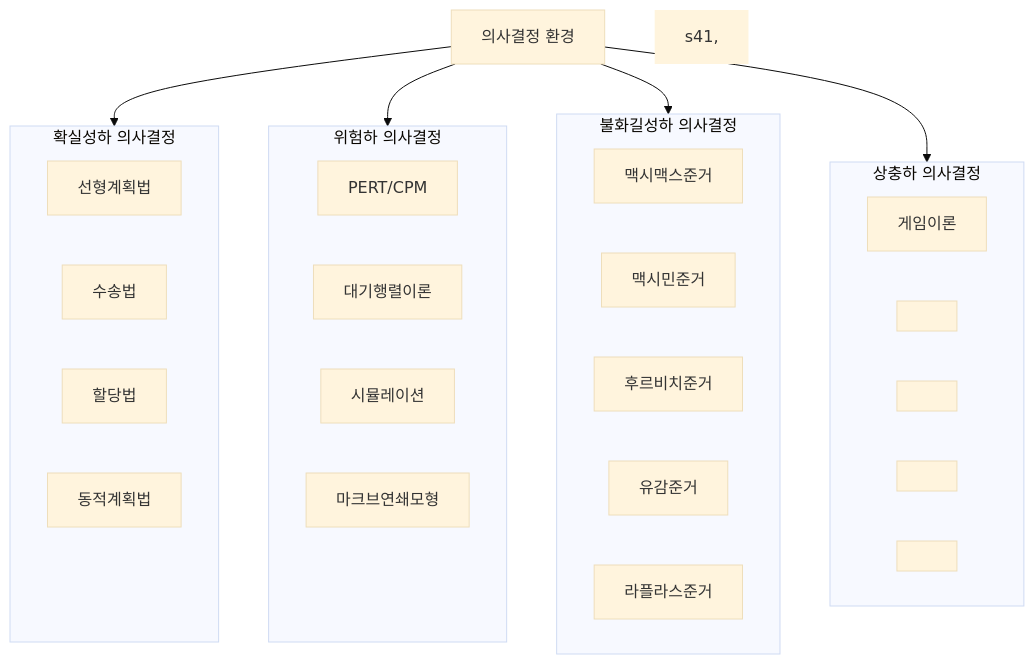
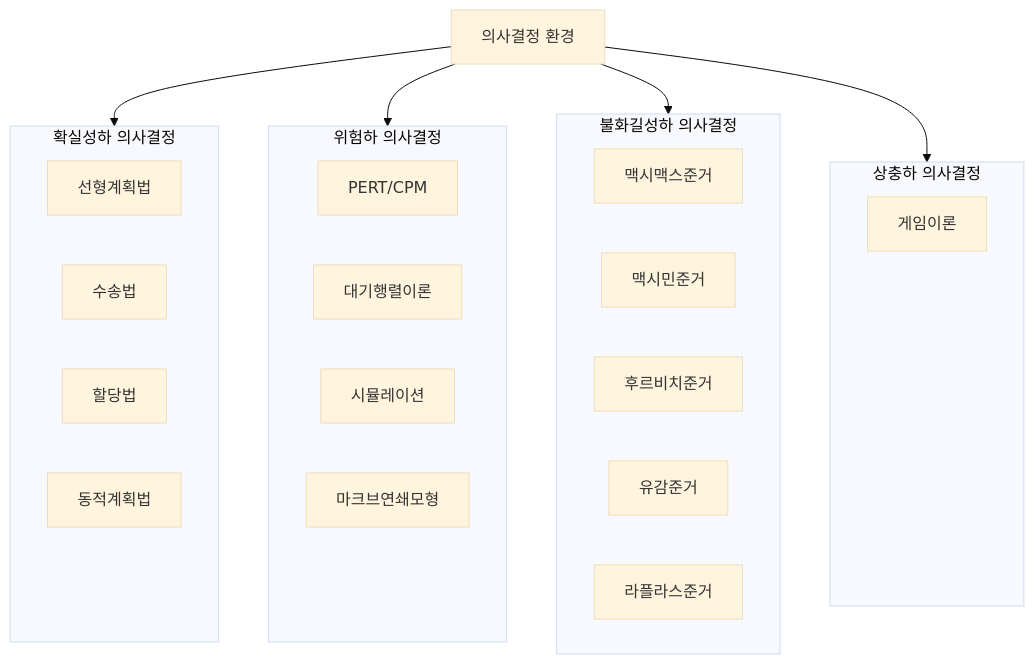
Before and after one commit to yeonkyupark/pepc2e: the eighth of 13 diagrams in 1002경영과학.qmd, drawn with Mermaid (base theme). The commit also changed other lines of this file, not shown here.

````diff
--- a/1002경영과학.qmd
+++ b/1002경영과학.qmd
@@ -329,46 +331,49 @@
 ```{mermaid}
 flowchart TD
 
 00[의사결정 환경]
 
 subgraph s10[확실성하 의사결정]
 direction LR
 선형계획법
 수송법
 할당법
 동적계획법
 s11[　] 
 style s11 fill:transparent,stroke:none
 end 
 
 subgraph s20[위험하 의사결정]
 direction LR
 s29[PERT/CPM]
 대기행렬이론
 시뮬레이션
 마크브연쇄모형
 s21[　] 
 style s21 fill:transparent,stroke:none
 end
 
 subgraph s30[불화길성하 의사결정]
 direction LR
 맥시맥스준거
 맥시민준거
 후르비치준거
 유감준거
 라플라스준거
 end
 
 subgraph s40[상충하 의사결정]
 direction LR
 게임이론
 s41["　"] 
 s42["　"] 
 s43["　"] 
 s44["　"] 
-style s41, s42, s43, s44 fill:transparent,stroke:none
+style s41 fill:transparent,stroke:none
+style s42 fill:transparent,stroke:none
+style s43 fill:transparent,stroke:none
+style s44 fill:transparent,stroke:none
 end
 
 00 --> s10 & s20 & s30 & s40
 ```
````
